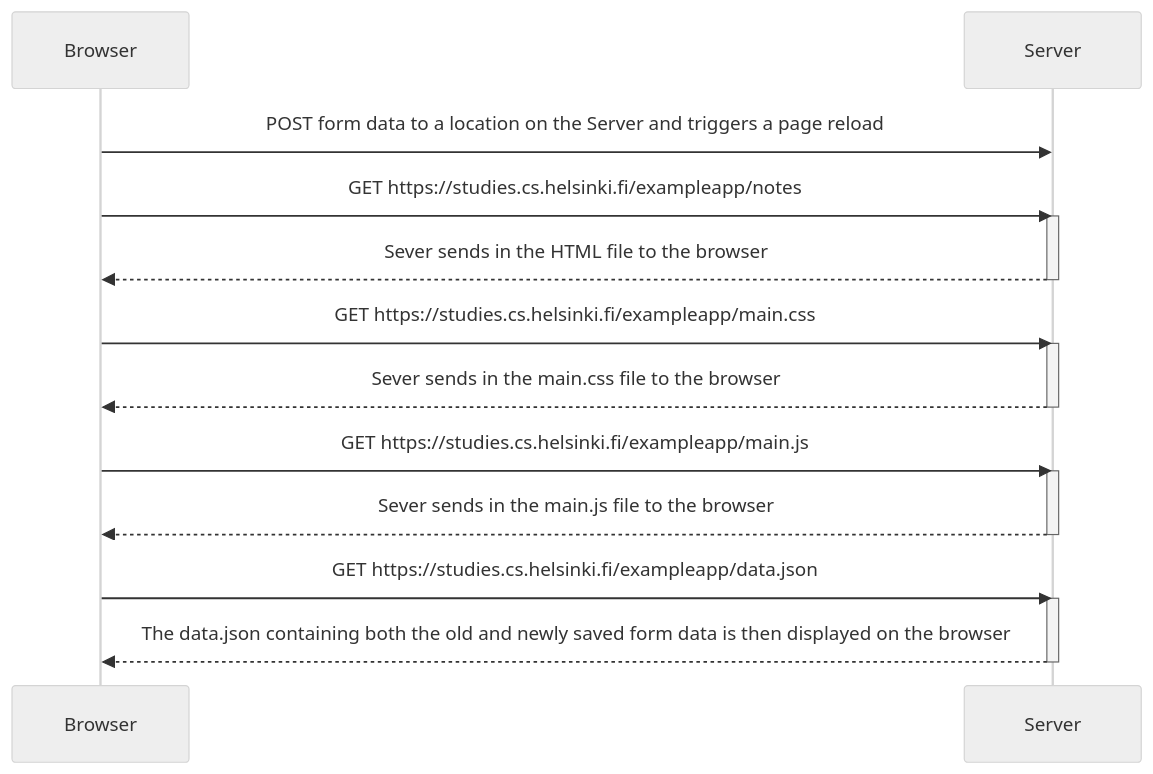
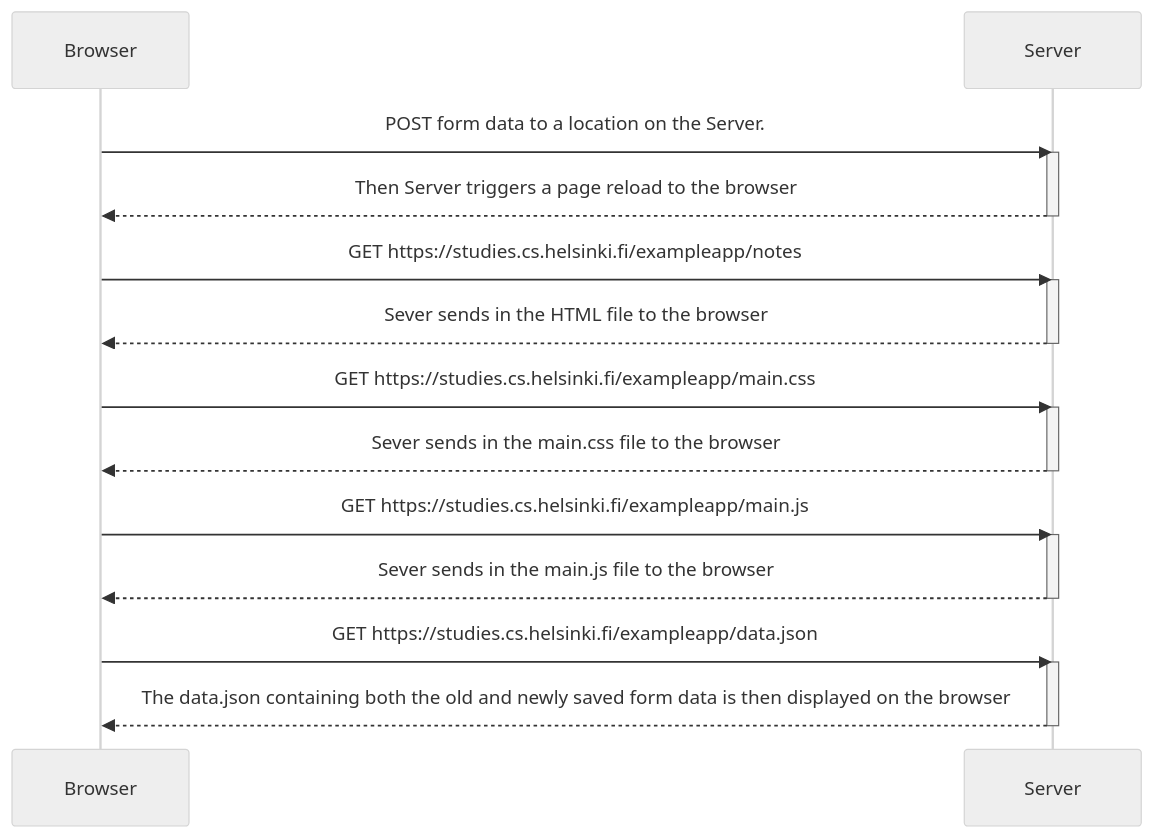
One commit to Abiodun-Sabitu/fsopen23 changed the diagram in Part0/0.4 - New note diagram.md. Above: the diagram before and after it, drawn with Mermaid (neutral theme). The commit also changed other lines of this file and 1 other file, not shown here.

Commit message:
1. 0.5: Single page app exercise added 2. 0.4 and 0.5 edited and updated

````diff
--- a/Part0/0.4 - New note diagram.md
+++ b/Part0/0.4 - New note diagram.md
@@ -1,23 +5,26 @@
 ```mermaid
 sequenceDiagram
 participant A as Browser
 participant S as Server
 
-A ->> S: POST form data to a location on the Server and triggers a page reload
+A ->> S: POST form data to a location on the Server.
+activate S
+S -->> A: Then Server triggers a page reload to the browser
+deactivate S
 A ->> S: GET https://studies.cs.helsinki.fi/exampleapp/notes
 activate S
 S -->> A: Sever sends in the HTML file to the browser
 deactivate S
 A ->> S: GET https://studies.cs.helsinki.fi/exampleapp/main.css
 activate S
 S -->> A: Sever sends in the main.css file to the browser
 deactivate S
 A ->> S: GET https://studies.cs.helsinki.fi/exampleapp/main.js
 activate S
 S -->> A: Sever sends in the main.js file to the browser
 deactivate S
 A ->> S: GET https://studies.cs.helsinki.fi/exampleapp/data.json
 activate S
 S -->> A: The data.json containing both the old and newly saved form data is then displayed on the browser
 deactivate S
 ```
````
